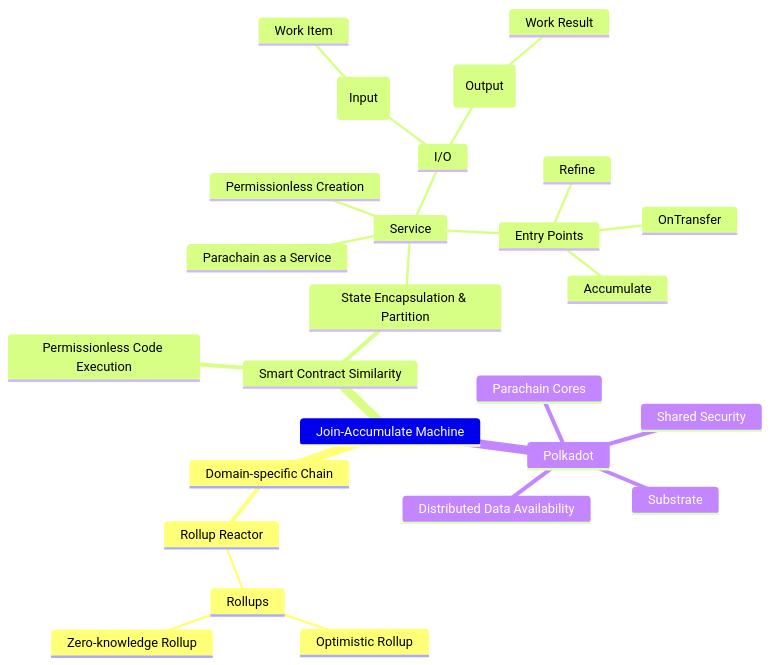
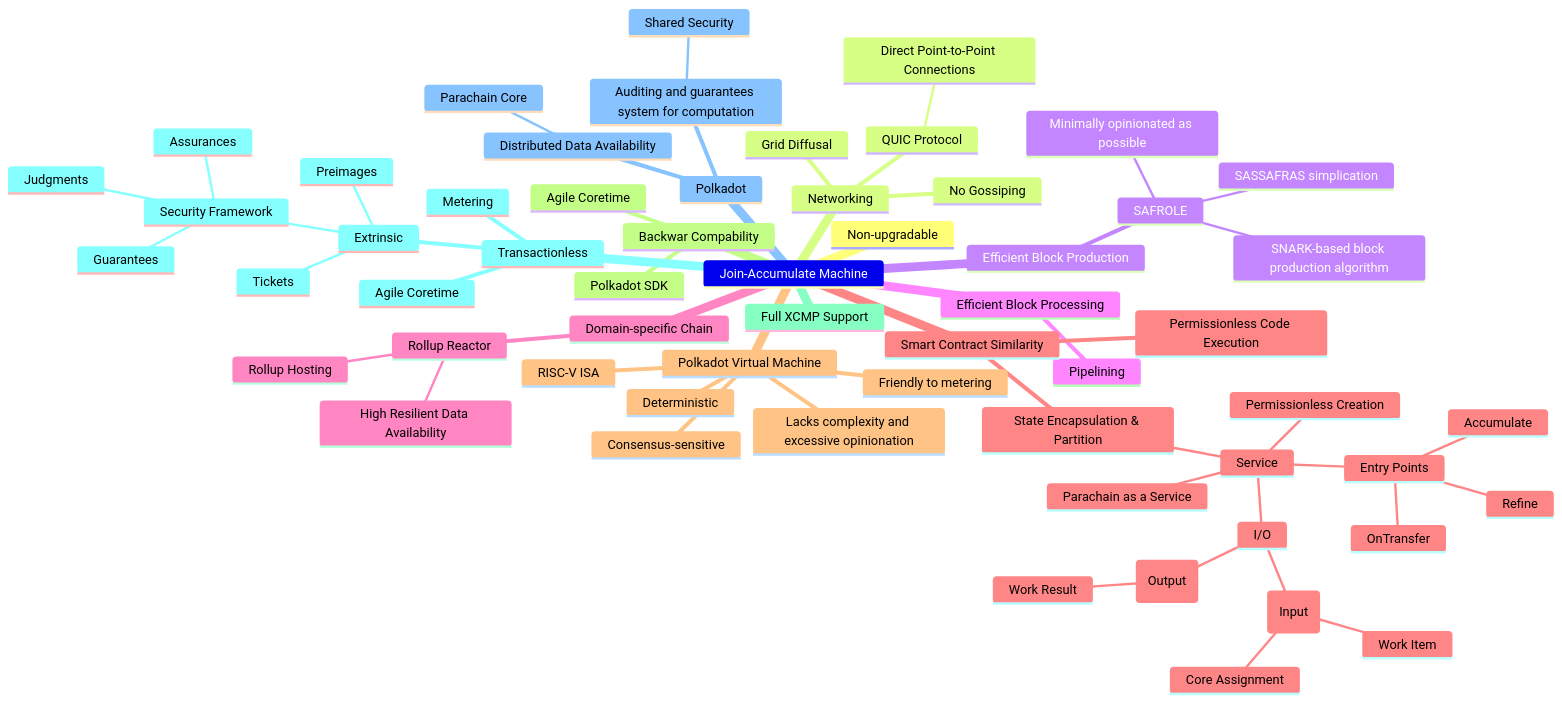
One commit to openguild-labs/learn-jam changed the diagram in README.md. Above: the diagram before and after it, drawn with Mermaid.

````diff
--- a/README.md
+++ b/README.md
@@ -4,29 +4,62 @@
 ```mermaid
 mindmap
   Join-Accumulate Machine
+    Non-upgradable
+    Networking
+      QUIC Protocol
+        Direct Point-to-Point Connections
+      No Gossiping
+      Grid Diffusal
+    Efficient Block Production
+      SAFROLE
+        SASSAFRAS simplication
+        Minimally opinionated as possible
+        SNARK-based block production algorithm
+    Efficient Block Processing
+      Pipelining 
     Domain-specific Chain
       Rollup Reactor
-        Rollups
-          Optimistic Rollup
-          Zero-knowledge Rollup
+        High Resilient Data Availability
+        Rollup Hosting
     Smart Contract Similarity
       Permissionless Code Execution
       State Encapsulation & Partition
         Service
           I/O
             Work Package (Input)
-              Work Item  
+              Work Item
+              Core Assignment
             Work Report (Output)
               Work Result
           Parachain as a Service
           Permissionless Creation
           Entry Points
             Refine
             Accumulate
             OnTransfer
+    Polkadot Virtual Machine
+      RISC-V ISA
+      Deterministic
+      Consensus-sensitive
+      Friendly to metering
+      Lacks complexity and excessive opinionation
+    Backwar Compability
+      Polkadot SDK
+      Agile Coretime
+    Full XCMP Support
+    Transactionless
+      Metering
+      Agile Coretime
+      Extrinsic
+        Security Framework
+          Guarantees
+          Assurances
+          Judgments
+        Preimages
+        Tickets
     Polkadot
       Distributed Data Availability
-      Shared Security
-      Parachain Cores
-      Substrate
+        Parachain Core
+      Auditing and guarantees system for computation
+        Shared Security
 ```
````
